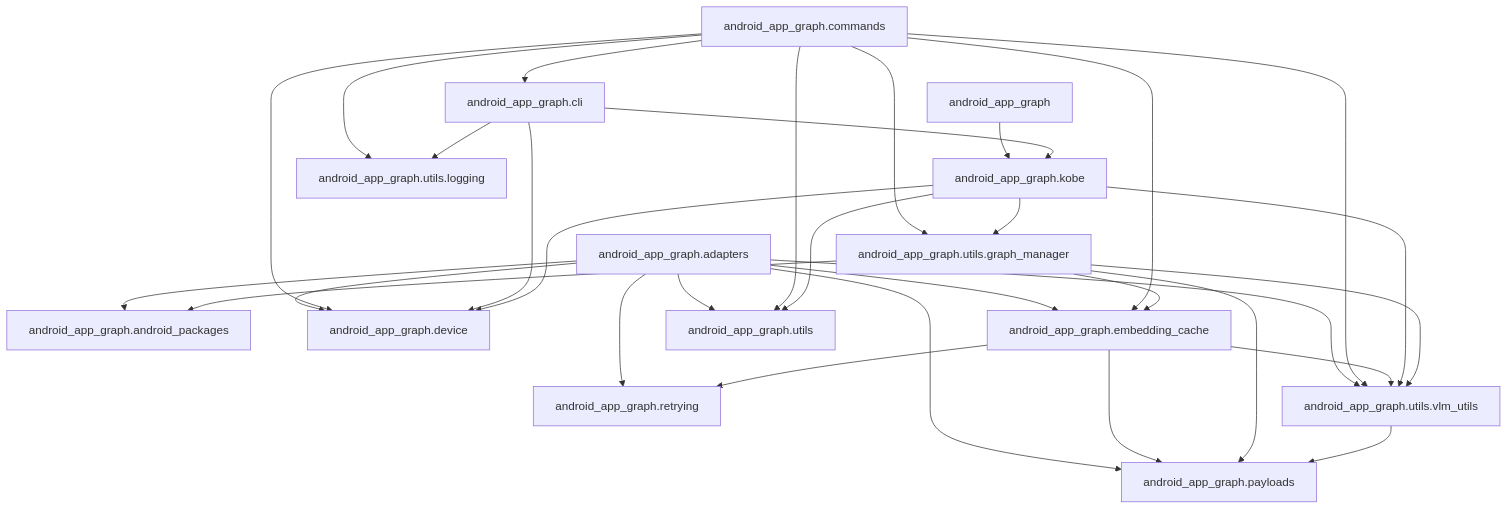
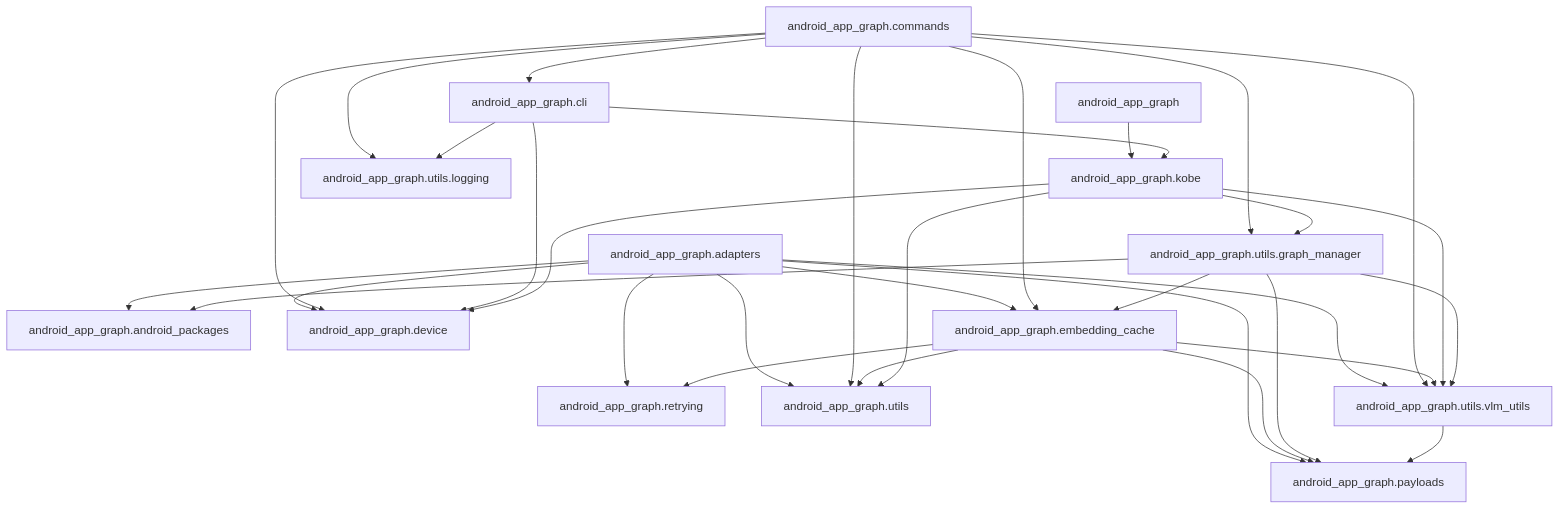
The diagram in README.md (john-agi/Android-App-Graph), drawn with Mermaid before and after one commit. The commit also changed 6 other files, not shown here.

````diff
--- a/README.md
+++ b/README.md
@@ -67,33 +67,34 @@
 ```mermaid
 graph TD;
     pkg["android_app_graph"] --> kobe["android_app_graph.kobe"];
     adapters["android_app_graph.adapters"] --> pkgs["android_app_graph.android_packages"];
     adapters --> dev["android_app_graph.device"];
     adapters --> ec["android_app_graph.embedding_cache"];
     adapters --> pay["android_app_graph.payloads"];
     adapters --> retry["android_app_graph.retrying"];
     adapters --> utils["android_app_graph.utils"];
     adapters --> vlm["android_app_graph.utils.vlm_utils"];
     cmd["android_app_graph.commands"] --> cli["android_app_graph.cli"];
     cmd --> dev;
     cmd --> ec;
     cmd --> utils;
     cmd --> gm["android_app_graph.utils.graph_manager"];
     cmd --> logging["android_app_graph.utils.logging"];
     cmd --> vlm;
     cli --> dev;
     cli --> kobe;
     cli --> logging;
     ec --> pay;
     ec --> retry;
+    ec --> utils;
     ec --> vlm;
     kobe --> dev;
     kobe --> utils;
     kobe --> gm;
     kobe --> vlm;
     gm --> pkgs;
     gm --> ec;
     gm --> pay;
     gm --> vlm;
     vlm --> pay;
 ```
````
